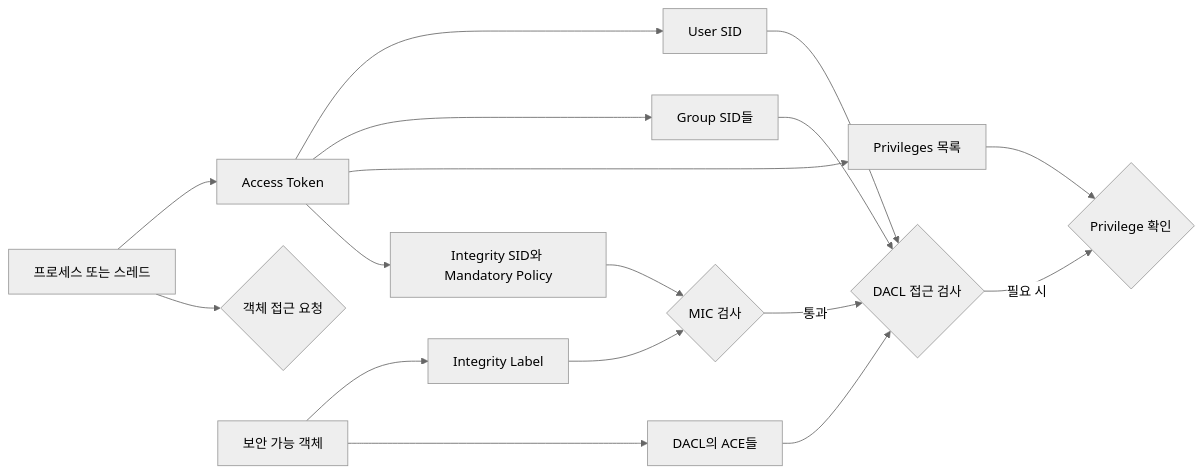
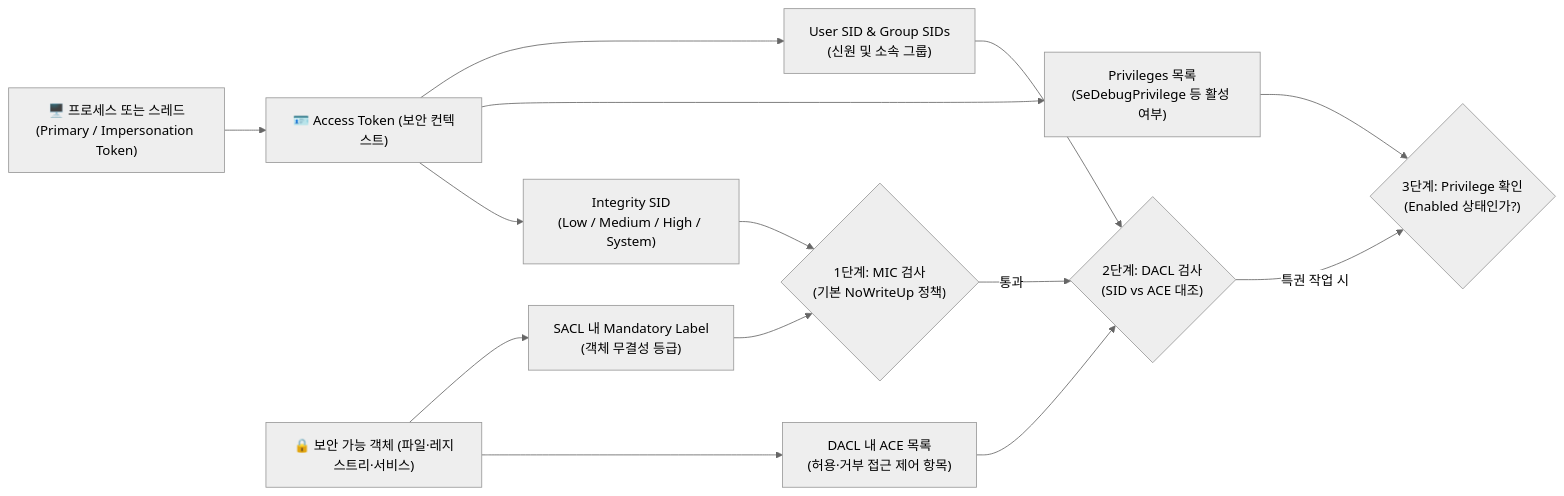
Before and after one commit to gooyong-sec/gooyong-sec.github.io: the first of 3 diagrams in content/모의해킹 기초/Windows 권한상승을 위한 OS 내부구조 — Access Token, UAC, 서비스 제어 관리자(SCM).md, drawn with Mermaid (neutral theme). The commit also changed other lines of this file and 68 other files, not shown here.

````diff
--- a/content/모의해킹 기초/Windows 권한상승을 위한 OS 내부구조 — Access Token, UAC, 서비스 제어 관리자(SCM).md
+++ b/content/모의해킹 기초/Windows 권한상승을 위한 OS 내부구조 — Access Token, UAC, 서비스 제어 관리자(SCM).md
@@ -51,19 +18,18 @@
 ```mermaid
 flowchart LR
-    P[프로세스 또는 스레드] --> T[Access Token]
-    T --> U[User SID]
-    T --> G[Group SID들]
-    T --> V[Privileges 목록]
-    T --> I[Integrity SID와 Mandatory Policy]
-    P --> R{객체 접근 요청}
-    O[보안 가능 객체] --> L[Integrity Label]
-    O --> D[DACL의 ACE들]
-    I --> M{MIC 검사}
+    P["🖥️ 프로세스 또는 스레드<br/>(Primary / Impersonation Token)"] --> T["🪪 Access Token (보안 컨텍스트)"]
+    T --> U["User SID & Group SIDs<br/>(신원 및 소속 그룹)"]
+    T --> V["Privileges 목록<br/>(SeDebugPrivilege 등 활성 여부)"]
+    T --> I["Integrity SID<br/>(Low / Medium / High / System)"]
+
+    O["🔒 보안 가능 객체 (파일·레지스트리·서비스)"] --> L["SACL 내 Mandatory Label<br/>(객체 무결성 등급)"]
+    O --> D["DACL 내 ACE 목록<br/>(허용·거부 접근 제어 항목)"]
+
+    I --> M{"1단계: MIC 검사<br/>(기본 NoWriteUp 정책)"}
     L --> M
-    M -->|통과| A{DACL 접근 검사}
+    M -->|"통과"| A{"2단계: DACL 검사<br/>(SID vs ACE 대조)"}
     U --> A
-    G --> A
     D --> A
-    A -->|필요 시| Q{Privilege 확인}
+    A -->|"특권 작업 시"| Q{"3단계: Privilege 확인<br/>(Enabled 상태인가?)"}
     V --> Q
 ```
````
